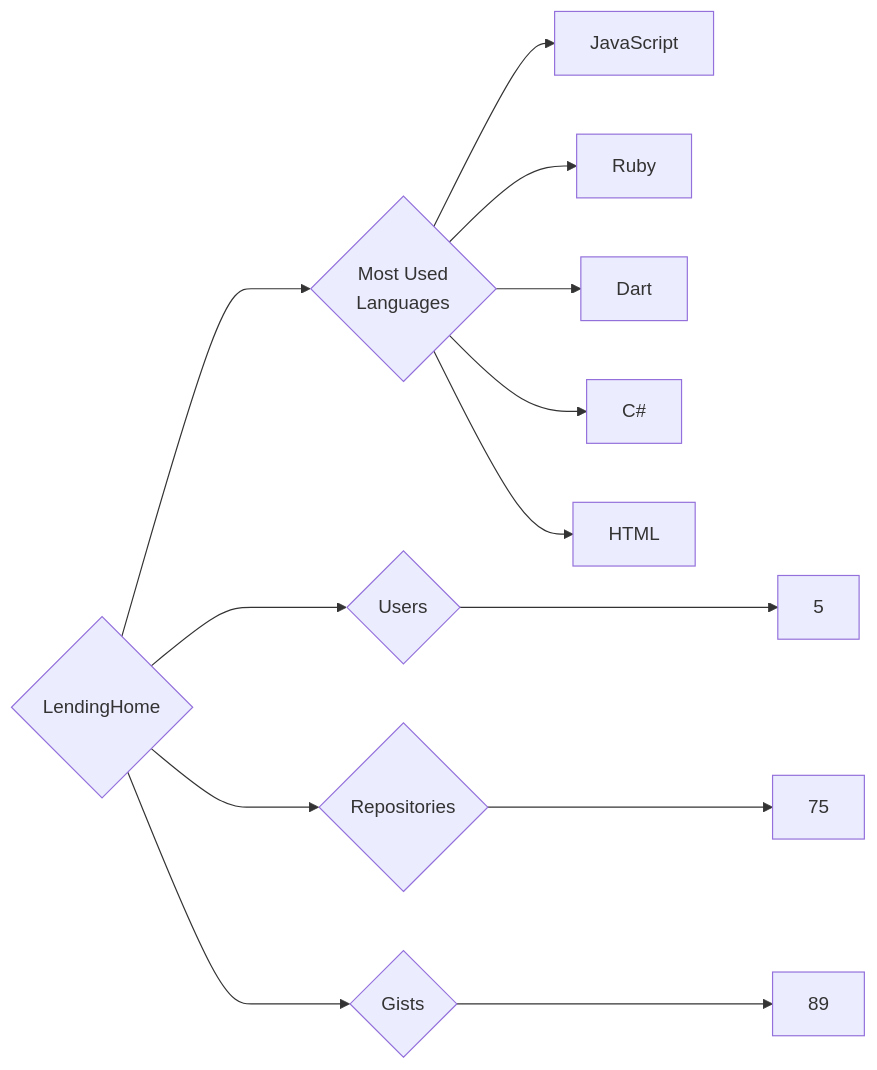
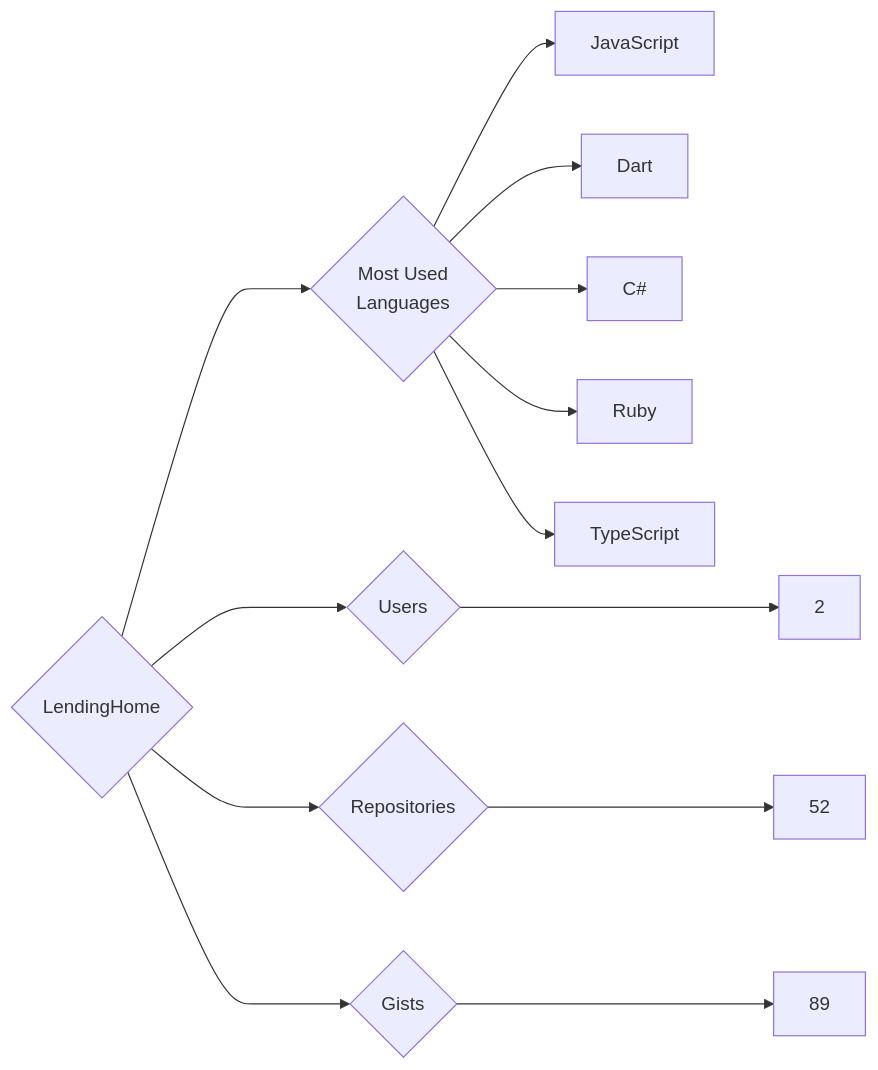
Before and after one commit to trickest/insiders: the diagram in targets/LendingHome/README.md, drawn with Mermaid. The commit also changed 951 other files, not shown here.

````diff
--- a/targets/LendingHome/README.md
+++ b/targets/LendingHome/README.md
@@ -3,13 +3,13 @@
 ```mermaid
 graph LR
 COMPANY_NAME{LendingHome}
-COMPANY_NAME ---> U{Users} ---> UN[5]
-COMPANY_NAME ---> R{Repositories} ---> RN[75]
+COMPANY_NAME ---> U{Users} ---> UN[2]
+COMPANY_NAME ---> R{Repositories} ---> RN[52]
 COMPANY_NAME ---> G{Gists} ---> GN[89]
 COMPANY_NAME ---> ML{Most Used<br>Languages}
 ML --> JavaScript[JavaScript]
-ML --> Ruby[Ruby]
 ML --> Dart[Dart]
 ML --> C#[C#]
-ML --> HTML[HTML]
+ML --> Ruby[Ruby]
+ML --> TypeScript[TypeScript]
 ```
````
